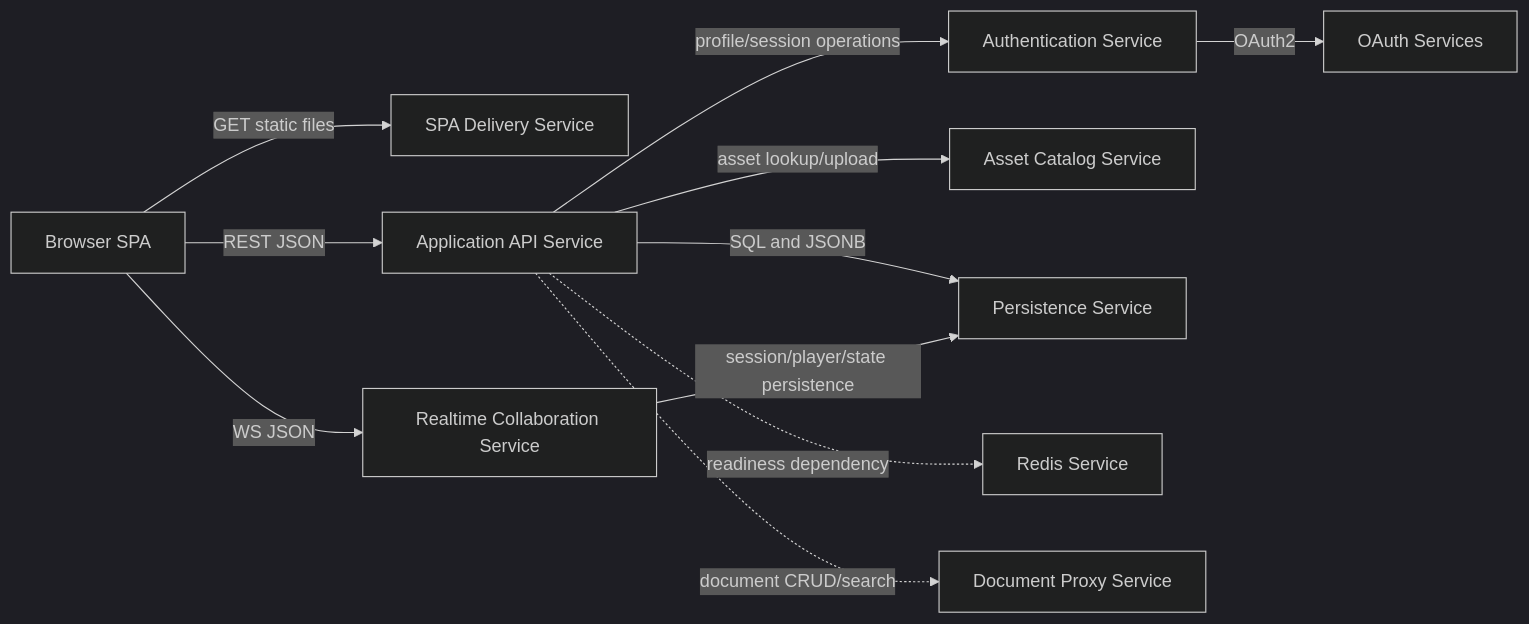
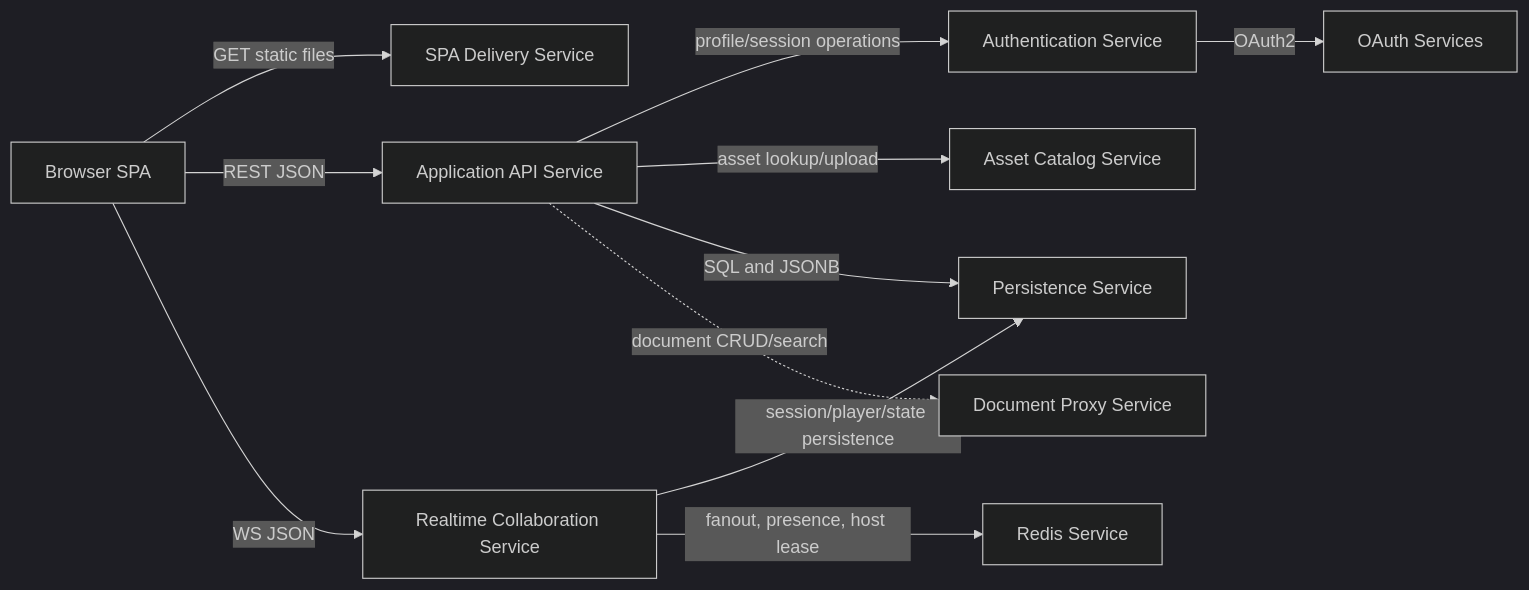
One commit to joelmale/nexusVTT changed the diagram in docs/DoDEA/SvcV-2.md. Above: the diagram before and after it, drawn with Mermaid (dark theme). The commit also changed other lines of this file and 225 other files, not shown here.

First line of the commit message:
Harden architecture and production resilience

````diff
--- a/docs/DoDEA/SvcV-2.md
+++ b/docs/DoDEA/SvcV-2.md
@@ -8,24 +8,24 @@
 ```mermaid
 flowchart LR
   spaConsumer[Browser SPA]
   spaService[SPA Delivery Service]
   apiService[Application API Service]
   authService[Authentication Service]
   wsService[Realtime Collaboration Service]
   assetService[Asset Catalog Service]
   persistence[Persistence Service]
   redis[Redis Service]
   oauth[OAuth Services]
   docProxy[Document Proxy Service]
 
   spaConsumer -->|GET static files| spaService
   spaConsumer -->|REST JSON| apiService
   spaConsumer -->|WS JSON| wsService
   apiService -->|profile/session operations| authService
   apiService -->|asset lookup/upload| assetService
   apiService -->|SQL and JSONB| persistence
   wsService -->|session/player/state persistence| persistence
-  apiService -. readiness dependency .-> redis
+  wsService -->|fanout, presence, host lease| redis
   authService -->|OAuth2| oauth
   apiService -. document CRUD/search .-> docProxy
 ```
````
